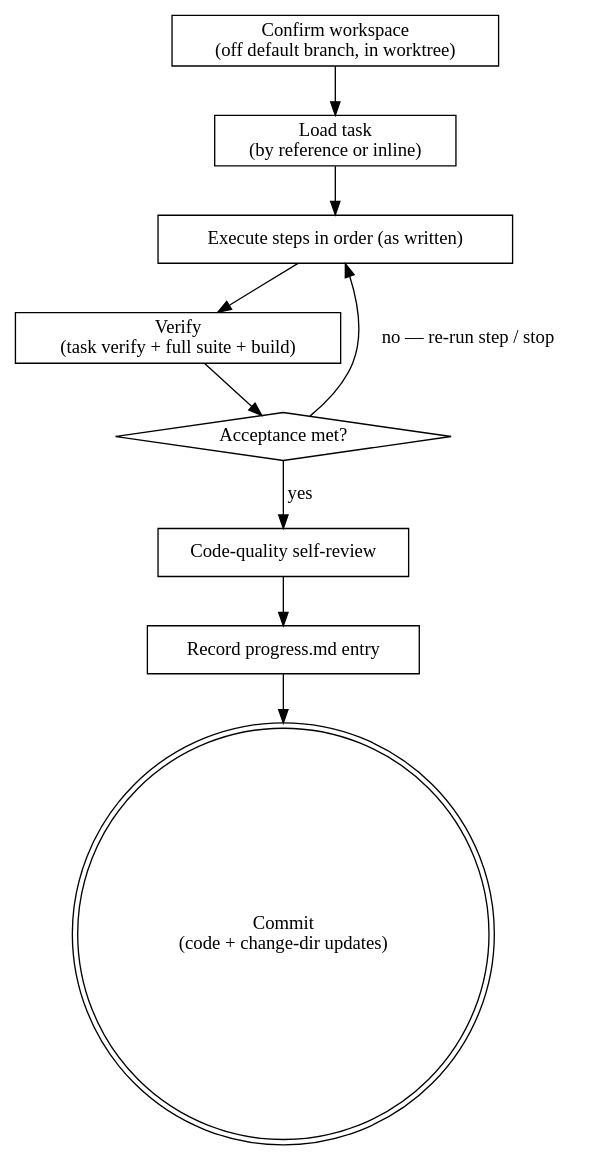
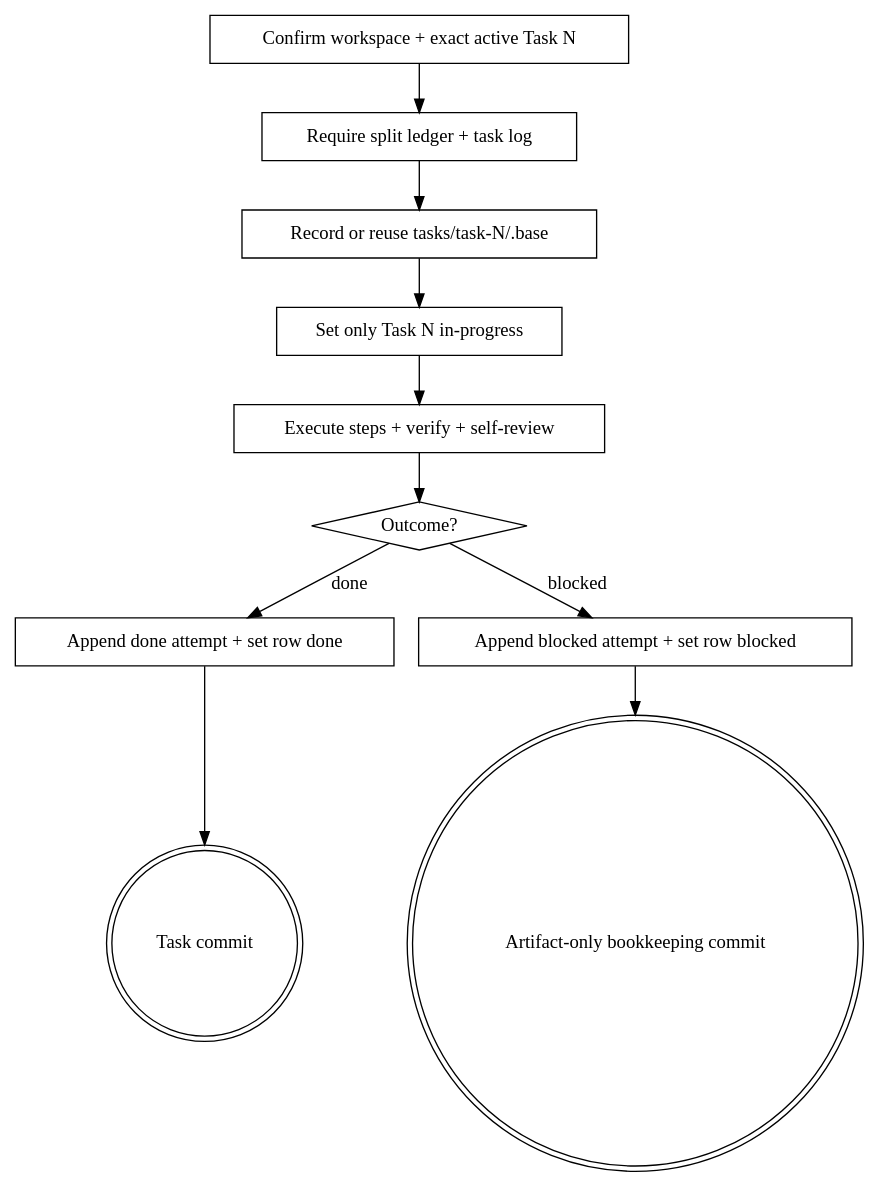
The diagram in skills/hamilton-code/SKILL.md (caiorcferreira/hamilton), drawn with Graphviz before and after one commit. The commit also changed other lines of this file and 144 other files, not shown here.

First line of the commit message:
Separate task execution and feedback from whole-branch review (#41)

````diff
--- a/skills/hamilton-code/SKILL.md
+++ b/skills/hamilton-code/SKILL.md
@@ -132,21 +198,24 @@
 ```dot
 digraph hamilton_code {
-    "Confirm workspace\n(off default branch, in worktree)" [shape=box];
-    "Load task\n(by reference or inline)" [shape=box];
-    "Execute steps in order (as written)" [shape=box];
-    "Verify\n(task verify + full suite + build)" [shape=box];
-    "Acceptance met?" [shape=diamond];
-    "Code-quality self-review" [shape=box];
-    "Record progress.md entry" [shape=box];
-    "Commit\n(code + change-dir updates)" [shape=doublecircle];
+    "Confirm workspace + exact active Task N" [shape=box];
+    "Require split ledger + task log" [shape=box];
+    "Record or reuse tasks/task-N/.base" [shape=box];
+    "Set only Task N in-progress" [shape=box];
+    "Execute steps + verify + self-review" [shape=box];
+    "Outcome?" [shape=diamond];
+    "Append done attempt + set row done" [shape=box];
+    "Append blocked attempt + set row blocked" [shape=box];
+    "Task commit" [shape=doublecircle];
+    "Artifact-only bookkeeping commit" [shape=doublecircle];
 
-    "Confirm workspace\n(off default branch, in worktree)" -> "Load task\n(by reference or inline)";
-    "Load task\n(by reference or inline)" -> "Execute steps in order (as written)";
-    "Execute steps in order (as written)" -> "Verify\n(task verify + full suite + build)";
-    "Verify\n(task verify + full suite + build)" -> "Acceptance met?";
-    "Acceptance met?" -> "Execute steps in order (as written)" [label="no — re-run step / stop"];
-    "Acceptance met?" -> "Code-quality self-review" [label="yes"];
-    "Code-quality self-review" -> "Record progress.md entry";
-    "Record progress.md entry" -> "Commit\n(code + change-dir updates)";
+    "Confirm workspace + exact active Task N" -> "Require split ledger + task log";
+    "Require split ledger + task log" -> "Record or reuse tasks/task-N/.base";
+    "Record or reuse tasks/task-N/.base" -> "Set only Task N in-progress";
+    "Set only Task N in-progress" -> "Execute steps + verify + self-review";
+    "Execute steps + verify + self-review" -> "Outcome?";
+    "Outcome?" -> "Append done attempt + set row done" [label="done"];
+    "Outcome?" -> "Append blocked attempt + set row blocked" [label="blocked"];
+    "Append done attempt + set row done" -> "Task commit";
+    "Append blocked attempt + set row blocked" -> "Artifact-only bookkeeping commit";
 }
 ```
````
